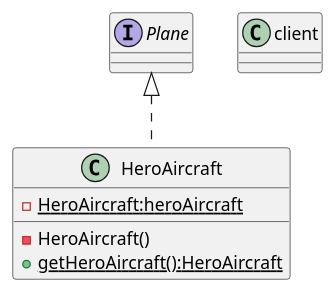
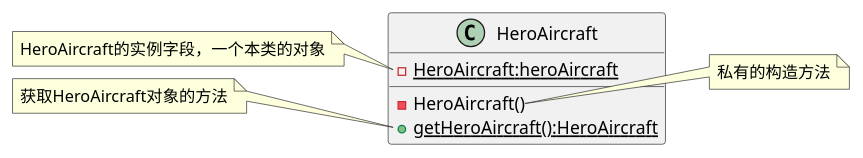
Before and after one commit to yfyzxyzsq/AircraftWar-base: the diagram in uml/Singleton.puml, drawn with PlantUML. The commit also changed 6 other files, not shown here.

```diff
--- a/uml/Singleton.puml
+++ b/uml/Singleton.puml
@@ -1,21 +1,27 @@
 @startuml
 'https://plantuml.com/class-diagram
 
-interface Plane
+class HeroAircraft
 
-class HeroAircraft
-class client
 
-Plane <|.. HeroAircraft
 
 
 
 class HeroAircraft {
     {static} - HeroAircraft:heroAircraft
     -HeroAircraft()
     {static}+getHeroAircraft():HeroAircraft
 }
+note left of HeroAircraft::HeroAircraft
+HeroAircraft的实例字段，一个本类的对象
+end note
 
+note right of HeroAircraft::HeroAircraft()
+私有的构造方法
+end note
 
+note left of HeroAircraft::getHeroAircraft()
+获取HeroAircraft对象的方法
+end note
 
 @enduml
```
